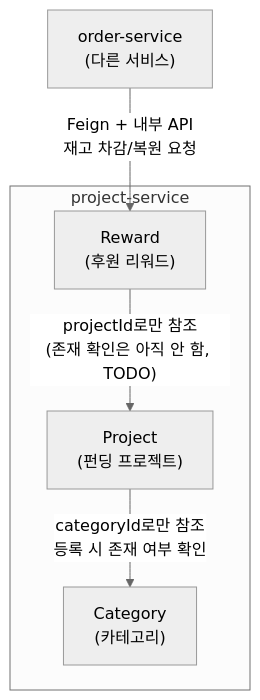
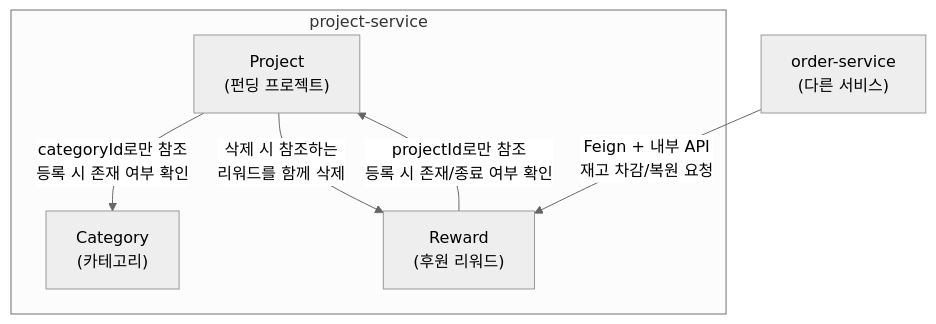
Before and after one commit to prgrms-be-adv-devcourse/beadv7_7_earlybird_BE: the diagram in project-service/DOMAIN_GUIDE_Category_Project_Reward.md, drawn with Mermaid (neutral theme). The commit also changed other lines of this file and 1 other file, not shown here.

````diff
--- a/project-service/DOMAIN_GUIDE_Category_Project_Reward.md
+++ b/project-service/DOMAIN_GUIDE_Category_Project_Reward.md
@@ -208,13 +236,14 @@
 ```mermaid
 graph TD
     subgraph project-service
         Category["Category<br/>(카테고리)"]
         Project["Project<br/>(펀딩 프로젝트)"]
         Reward["Reward<br/>(후원 리워드)"]
     end
     OrderService["order-service<br/>(다른 서비스)"]
 
     Project -- "categoryId로만 참조<br/>등록 시 존재 여부 확인" --> Category
-    Reward -- "projectId로만 참조<br/>(존재 확인은 아직 안 함, TODO)" --> Project
+    Reward -- "projectId로만 참조<br/>등록 시 존재/종료 여부 확인" --> Project
+    Project -- "삭제 시 참조하는<br/>리워드를 함께 삭제" --> Reward
     OrderService -- "Feign + 내부 API<br/>재고 차감/복원 요청" --> Reward
 ```
````
